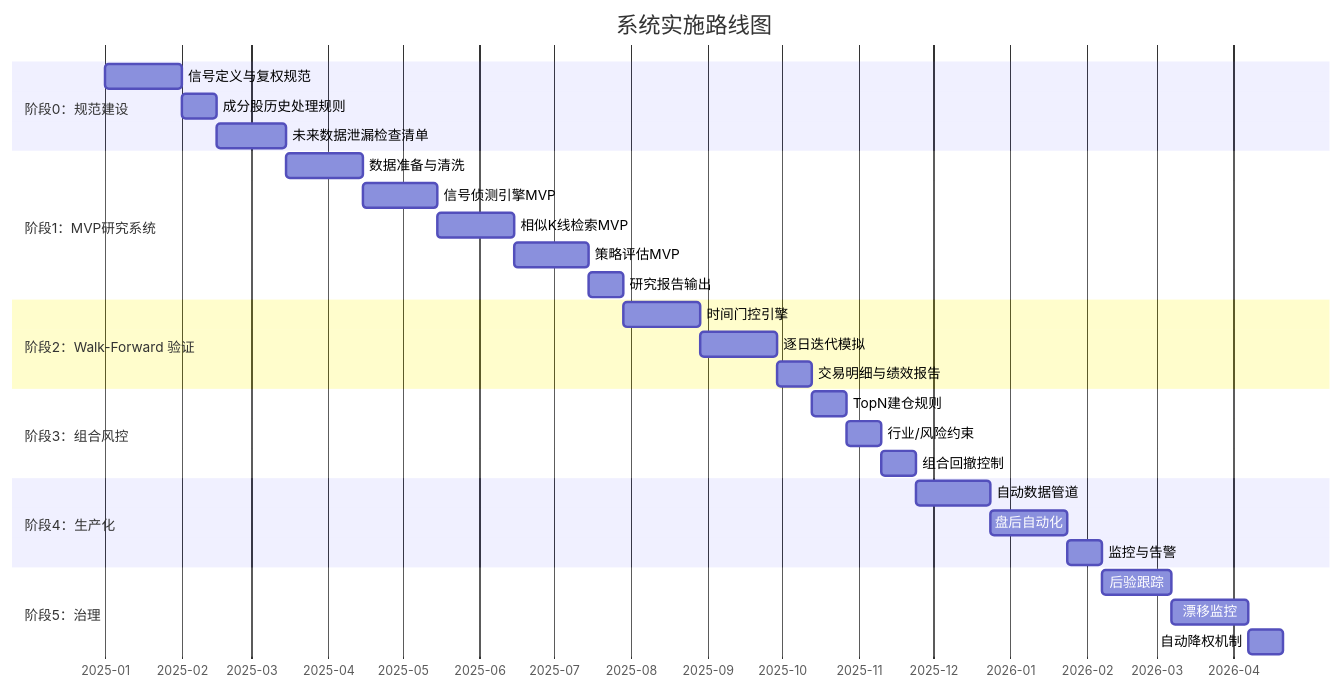
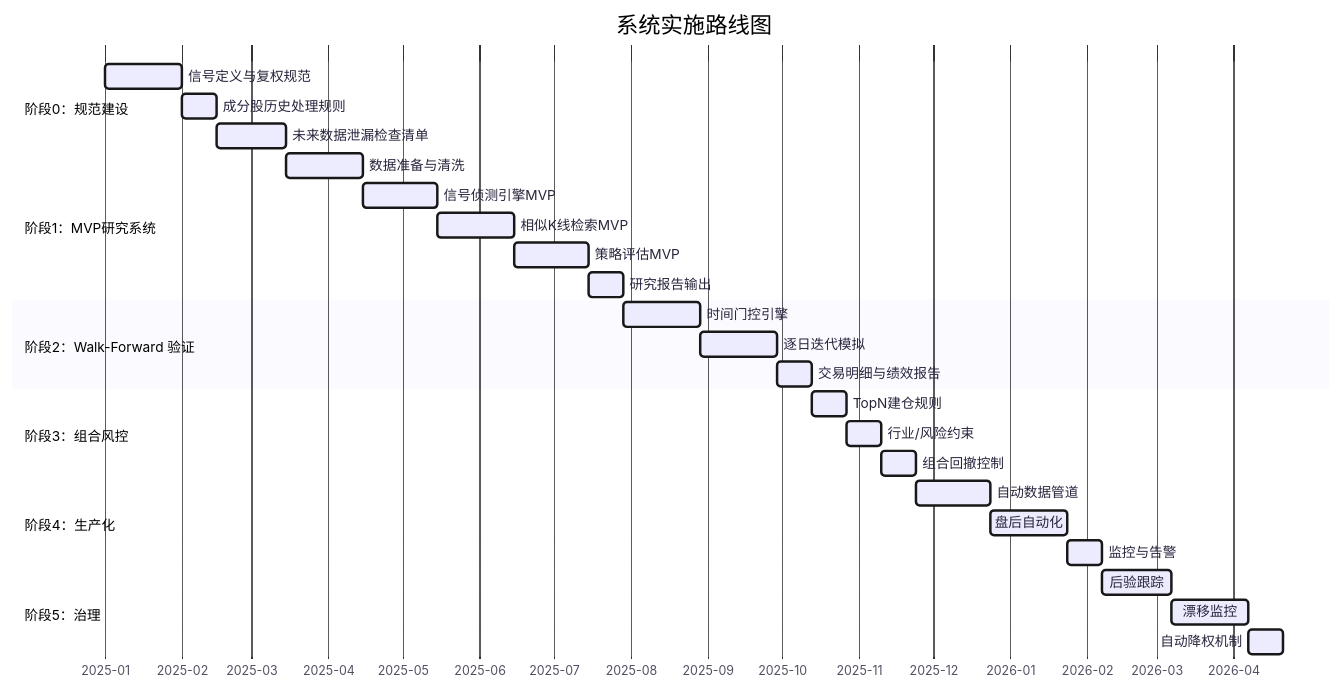
Before and after one commit to treachery/trade: the seventh of 7 diagrams in docs/pattern_matching/quant_strategy_system_master_plan.md, drawn with Mermaid. The commit also changed other lines of this file, not shown here.

````diff
--- a/docs/pattern_matching/quant_strategy_system_master_plan.md
+++ b/docs/pattern_matching/quant_strategy_system_master_plan.md
@@ -1319,38 +1325,44 @@
 ```mermaid
+---
+config:
+  look: neo
+  theme: redux
+  layout: dagre
+---
 gantt
     title 系统实施路线图
     dateFormat  YYYY-MM
     axisFormat  %Y-%m
 
     section 阶段0：规范建设
     信号定义与复权规范       :p0a, 2025-01, 1M
     成分股历史处理规则       :p0b, after p0a, 2w
     未来数据泄漏检查清单     :p0c, after p0b, 1M
 
     section 阶段1：MVP研究系统
     数据准备与清洗           :p1a, after p0c, 1M
     信号侦测引擎MVP          :p1b, after p1a, 1M
     相似K线检索MVP           :p1c, after p1b, 1M
     策略评估MVP              :p1d, after p1c, 1M
     研究报告输出             :p1e, after p1d, 2w
 
     section 阶段2：Walk-Forward 验证
     时间门控引擎             :p2a, after p1e, 1M
     逐日迭代模拟             :p2b, after p2a, 1M
     交易明细与绩效报告       :p2c, after p2b, 2w
 
     section 阶段3：组合风控
     TopN建仓规则              :p3a, after p2c, 2w
     行业/风险约束            :p3b, after p3a, 2w
     组合回撤控制              :p3c, after p3b, 2w
 
     section 阶段4：生产化
     自动数据管道              :p4a, after p3c, 1M
     盘后自动化                :p4b, after p4a, 1M
     监控与告警                :p4c, after p4b, 2w
 
     section 阶段5：治理
     后验跟踪                  :p5a, after p4c, 1M
     漂移监控                  :p5b, after p5a, 1M
     自动降权机制              :p5c, after p5b, 2w
 ```
````
